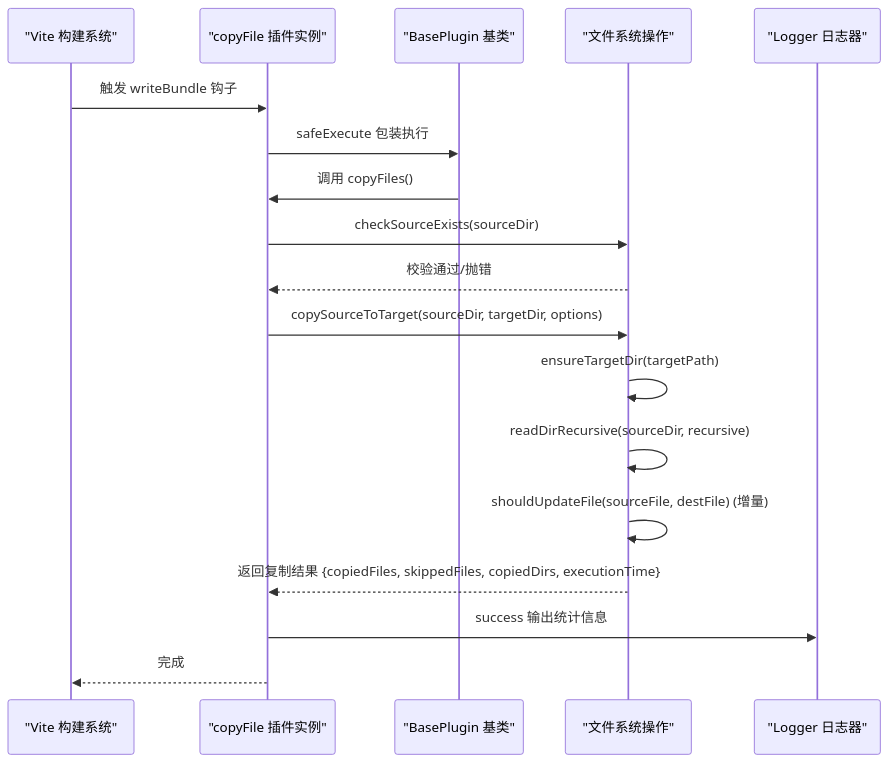
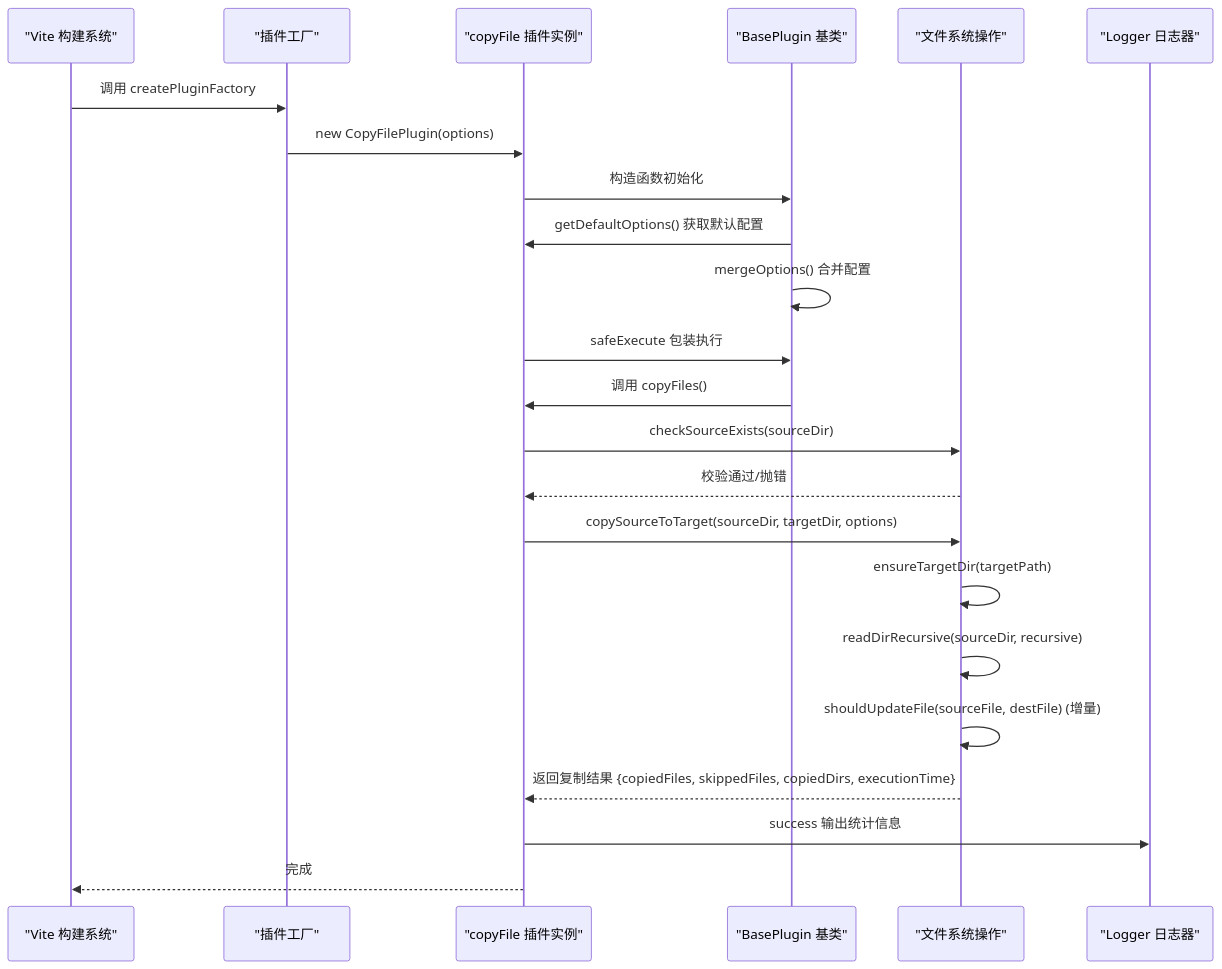
Before and after one commit to MengXi-Studio/vite-plugin: the second of 5 diagrams in .qoder/repowiki/zh/content/核心插件/文件复制插件 (copyFile).md, drawn with Mermaid. The commit also changed other lines of this file and 5 other files, not shown here.

````diff
--- a/.qoder/repowiki/zh/content/核心插件/文件复制插件 (copyFile).md
+++ b/.qoder/repowiki/zh/content/核心插件/文件复制插件 (copyFile).md
@@ -128,20 +126,25 @@
 ```mermaid
 sequenceDiagram
 participant Vite as "Vite 构建系统"
+participant Factory as "插件工厂"
 participant Plugin as "copyFile 插件实例"
 participant Base as "BasePlugin 基类"
 participant FS as "文件系统操作"
 participant Log as "Logger 日志器"
-Vite->>Plugin : 触发 writeBundle 钩子
+Vite->>Factory : 调用 createPluginFactory
+Factory->>Plugin : new CopyFilePlugin(options)
+Plugin->>Base : 构造函数初始化
+Base->>Plugin : getDefaultOptions() 获取默认配置
+Base->>Base : mergeOptions() 合并配置
 Plugin->>Base : safeExecute 包装执行
 Base->>Plugin : 调用 copyFiles()
 Plugin->>FS : checkSourceExists(sourceDir)
 FS-->>Plugin : 校验通过/抛错
 Plugin->>FS : copySourceToTarget(sourceDir, targetDir, options)
 FS->>FS : ensureTargetDir(targetPath)
 FS->>FS : readDirRecursive(sourceDir, recursive)
 FS->>FS : shouldUpdateFile(sourceFile, destFile) (增量)
 FS-->>Plugin : 返回复制结果 {copiedFiles, skippedFiles, copiedDirs, executionTime}
 Plugin->>Log : success 输出统计信息
 Plugin-->>Vite : 完成
 ```
````
